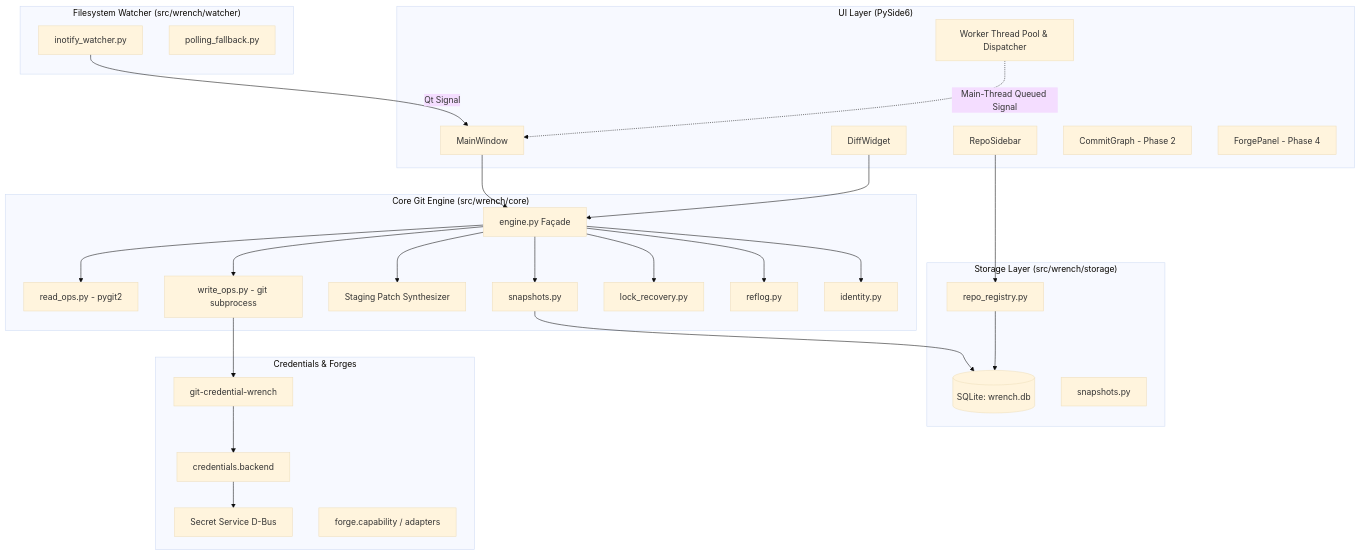
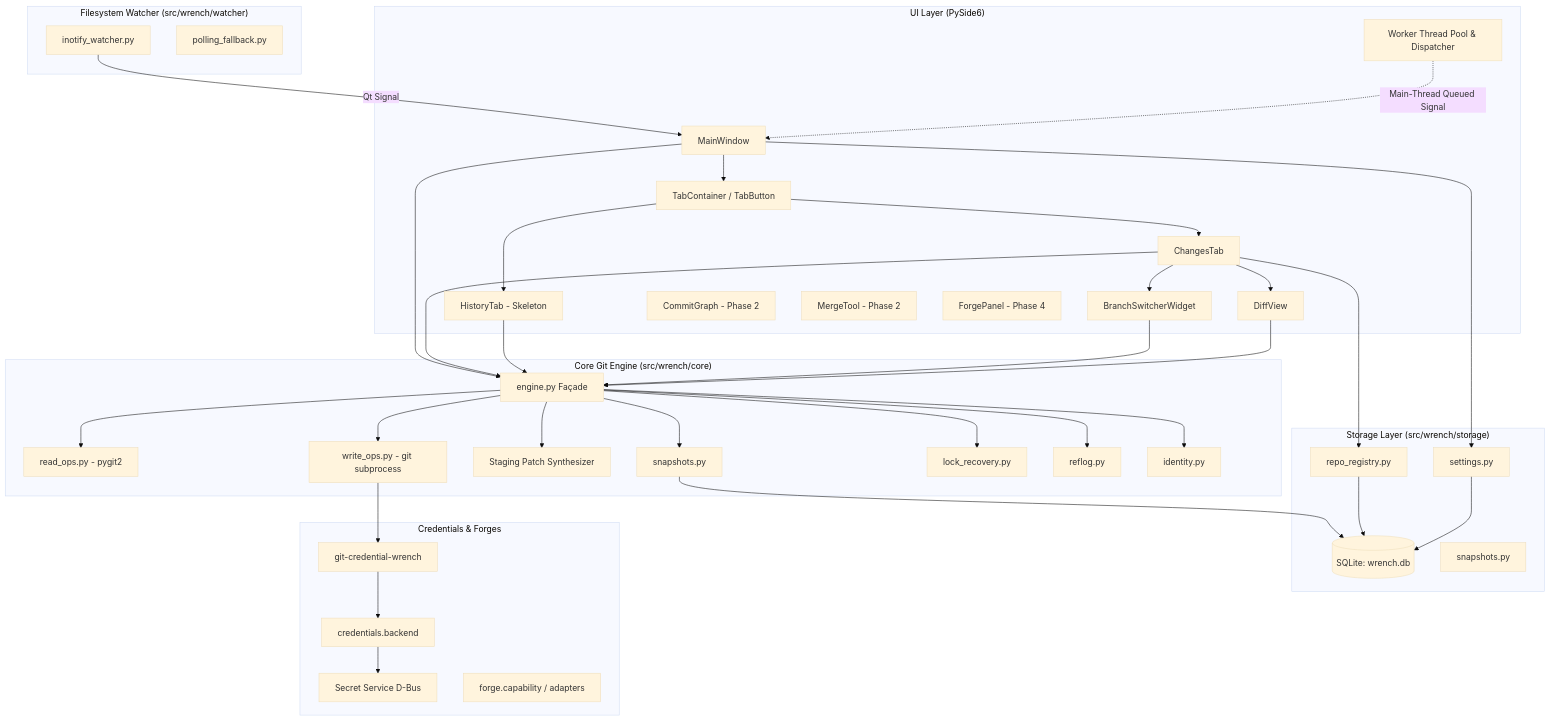
The diagram in ARCHITECTURE.md (uzair777-dev/Wrench), drawn with Mermaid (base theme) before and after one commit. The commit also changed other lines of this file and 26 other files, not shown here.

````diff
--- a/ARCHITECTURE.md
+++ b/ARCHITECTURE.md
@@ -36,58 +36,73 @@
 ```mermaid
 graph TD
     subgraph UI ["UI Layer (PySide6)"]
         MW[MainWindow]
-        SB[RepoSidebar]
-        DV[DiffWidget]
+        TC[TabContainer / TabButton]
+        CT[ChangesTab]
+        HT[HistoryTab - Skeleton]
+        BW[BranchSwitcherWidget]
+        DV[DiffView]
         CG[CommitGraph - Phase 2]
+        MT[MergeTool - Phase 2]
         FP[ForgePanel - Phase 4]
         WKR[Worker Thread Pool & Dispatcher]
     end
 
     subgraph Core ["Core Git Engine (src/wrench/core)"]
         ENG[engine.py Façade]
         READ[read_ops.py - pygit2]
         WRITE[write_ops.py - git subprocess]
         STG[Staging Patch Synthesizer]
         SNP[snapshots.py]
         LCK[lock_recovery.py]
         RFL[reflog.py]
         IDN[identity.py]
     end
 
     subgraph Watcher ["Filesystem Watcher (src/wrench/watcher)"]
         INOT[inotify_watcher.py]
         POLL[polling_fallback.py]
     end
 
     subgraph Storage ["Storage Layer (src/wrench/storage)"]
         DB[(SQLite: wrench.db)]
         REG[repo_registry.py]
+        SET[settings.py]
         SNPREG[snapshots.py]
     end
 
     subgraph Credentials ["Credentials & Forges"]
         CRED[credentials.backend]
         SS[Secret Service D-Bus]
         GCH[git-credential-wrench]
         FORGE[forge.capability / adapters]
     end
 
+    MW --> TC
+    TC --> CT
+    TC --> HT
+    CT --> BW
+    CT --> DV
     MW --> ENG
+    CT --> ENG
+    HT --> ENG
+    BW --> ENG
     DV --> ENG
-    SB --> REG
+    CT --> REG
+    MW --> SET
     ENG --> READ
     ENG --> WRITE
     ENG --> STG
     ENG --> SNP
     ENG --> LCK
     ENG --> RFL
     ENG --> IDN
     INOT -->|Qt Signal| MW
     SNP --> DB
     REG --> DB
+    SET --> DB
     WRITE --> GCH
     GCH --> CRED
     CRED --> SS
     WKR -.->|Main-Thread Queued Signal| MW
 ```
````
